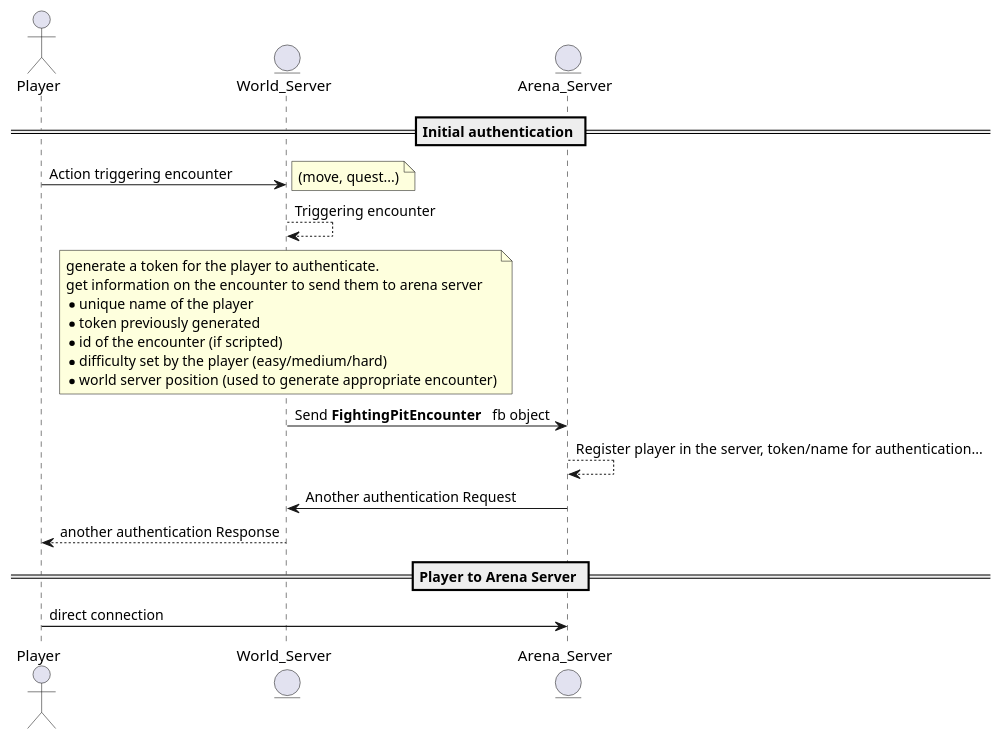
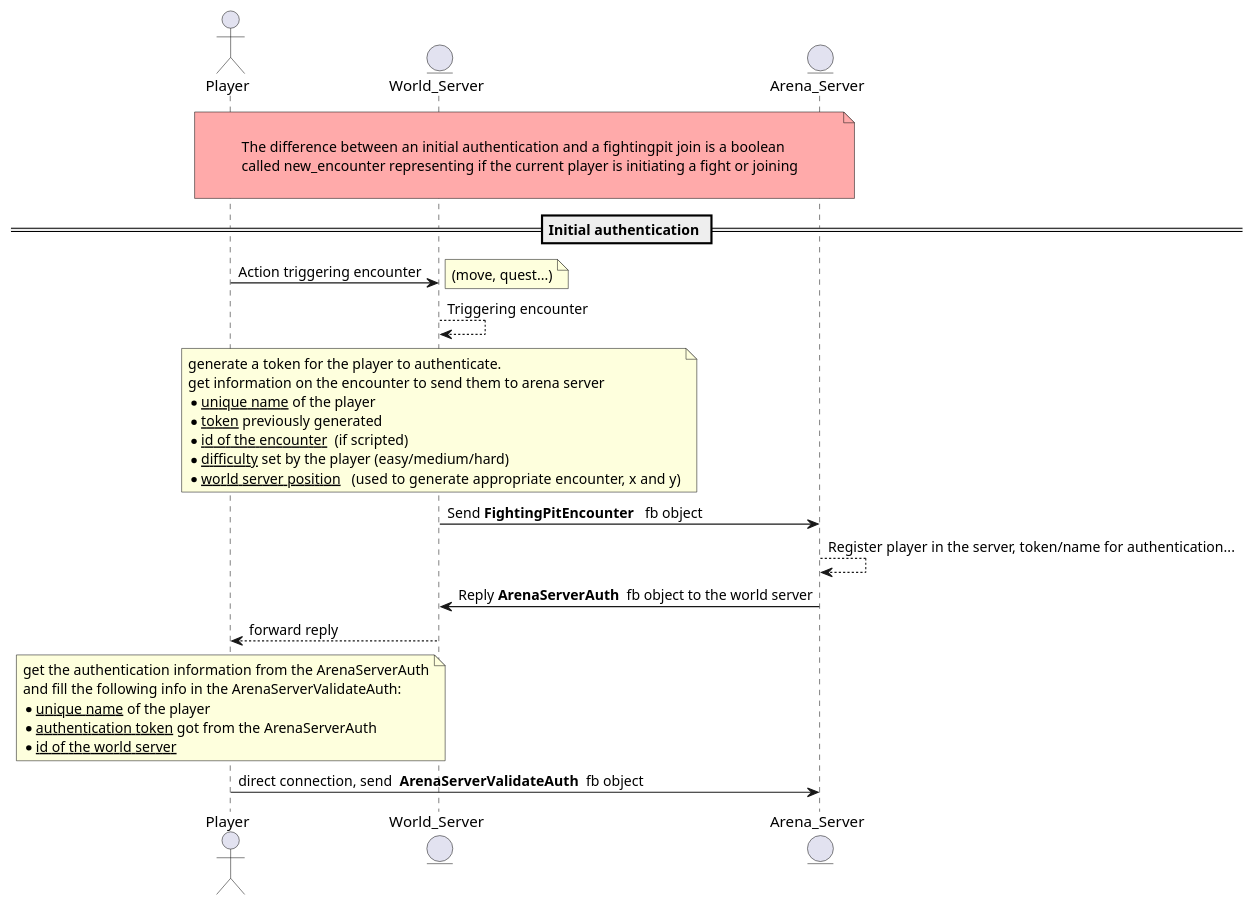
Before and after one commit to FreeYourSoul/FyS: the diagram in docs/uml/Communication_Arena_Server.puml, drawn with PlantUML.

Commit message:
[Arena] : Complete communication protocol

```diff
--- a/docs/uml/Communication_Arena_Server.puml
+++ b/docs/uml/Communication_Arena_Server.puml
@@ -1,33 +1,45 @@
 @startuml
 skinparam linetype ortho
 
 actor Player
 entity World_Server
 entity Arena_Server
 
+note over Player, Arena_Server #FAA
+
+The difference between an initial authentication and a fightingpit join is a  boolean
+called new_encounter representing if the current player is initiating a fight or joining
+
+end note
 
 == Initial authentication ==
 
 Player       ->  World_Server: Action triggering encounter
 note right: (move, quest...)
 
 World_Server --> World_Server: Triggering encounter
 note over World_Server
     generate a token for the player to authenticate.
     get information on the encounter to send them to arena server
-    * unique name of the player
-    * token previously generated
-    * id of the encounter (if scripted)
-    * difficulty set by the player (easy/medium/hard)
-    * world server position (used to generate appropriate encounter)
+    * __unique name__ of the player
+    * __token__ previously generated
+    * __id of the encounter__  (if scripted)
+    * __difficulty__ set by the player (easy/medium/hard)
+    * __world server position__   (used to generate appropriate encounter, x and y)
 end note
 World_Server ->  Arena_Server: Send **FightingPitEncounter**   fb object
 
 Arena_Server --> Arena_Server: Register player in the server, token/name for authentication...
-World_Server <- Arena_Server: Another authentication Request
-Player <-- World_Server: another authentication Response
+World_Server <- Arena_Server: Reply **ArenaServerAuth**  fb object to the world server
+Player <-- World_Server: forward reply
 
-== Player to Arena Server ==
-Player -> Arena_Server: direct connection
+note over Player
+    get the authentication information from the ArenaServerAuth
+    and fill the following info in the ArenaServerValidateAuth:
+    * __unique name__ of the player
+    * __authentication token__ got from the ArenaServerAuth
+    * __id of the world server__
+end note
+Player -> Arena_Server: direct connection, send  **ArenaServerValidateAuth**  fb object
 
 @enduml
```
